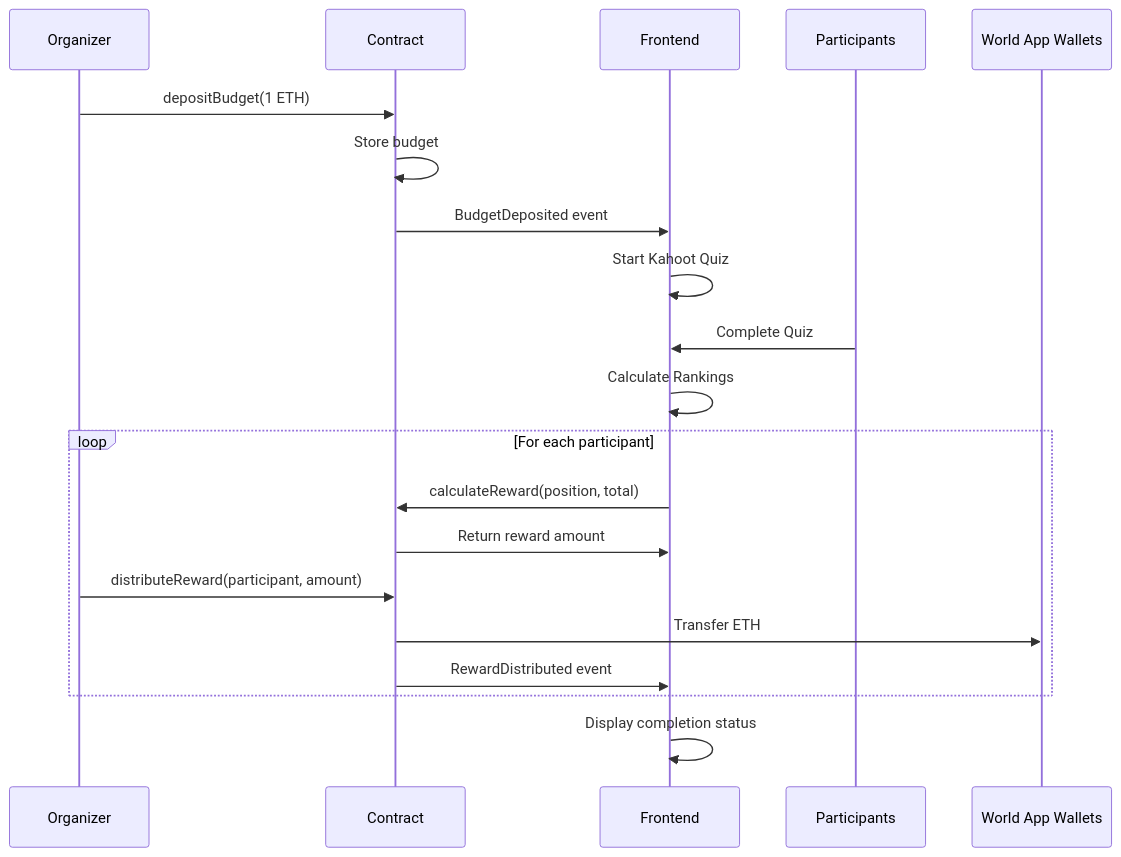
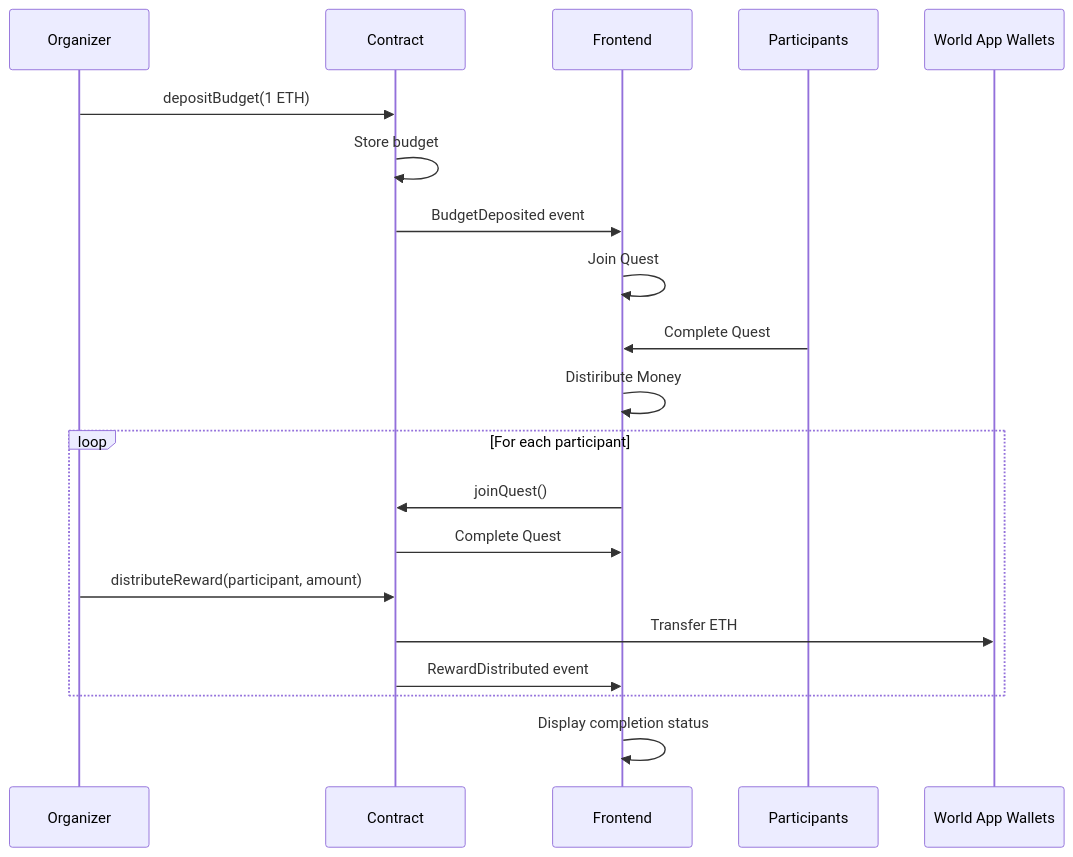
The second of 3 diagrams in README.md (duplantier/carrot-beta), drawn with Mermaid before and after one commit.

````diff
--- a/README.md
+++ b/README.md
@@ -121,26 +121,26 @@
 ```mermaid
 sequenceDiagram
     participant O as Organizer
     participant C as Contract
     participant F as Frontend
     participant P as Participants
     participant W as World App Wallets
     
     O->>C: depositBudget(1 ETH)
     C->>C: Store budget
     C->>F: BudgetDeposited event
     
-    F->>F: Start Kahoot Quiz
-    P->>F: Complete Quiz
-    F->>F: Calculate Rankings
+    F->>F: Join Quest
+    P->>F: Complete Quest
+    F->>F: Distiribute Money
     
     loop For each participant
-        F->>C: calculateReward(position, total)
-        C->>F: Return reward amount
+        F->>C: joinQuest()
+        C->>F: Complete Quest
         O->>C: distributeReward(participant, amount)
         C->>W: Transfer ETH
         C->>F: RewardDistributed event
     end
     
     F->>F: Display completion status
 ```
````
